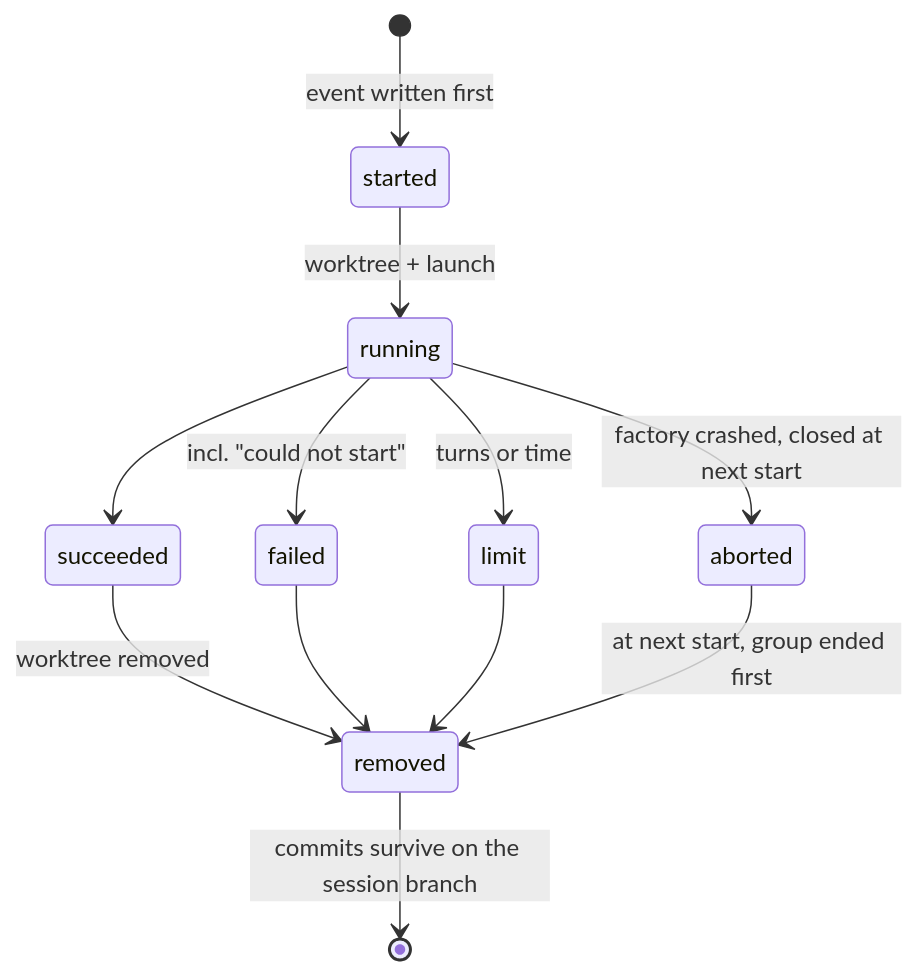
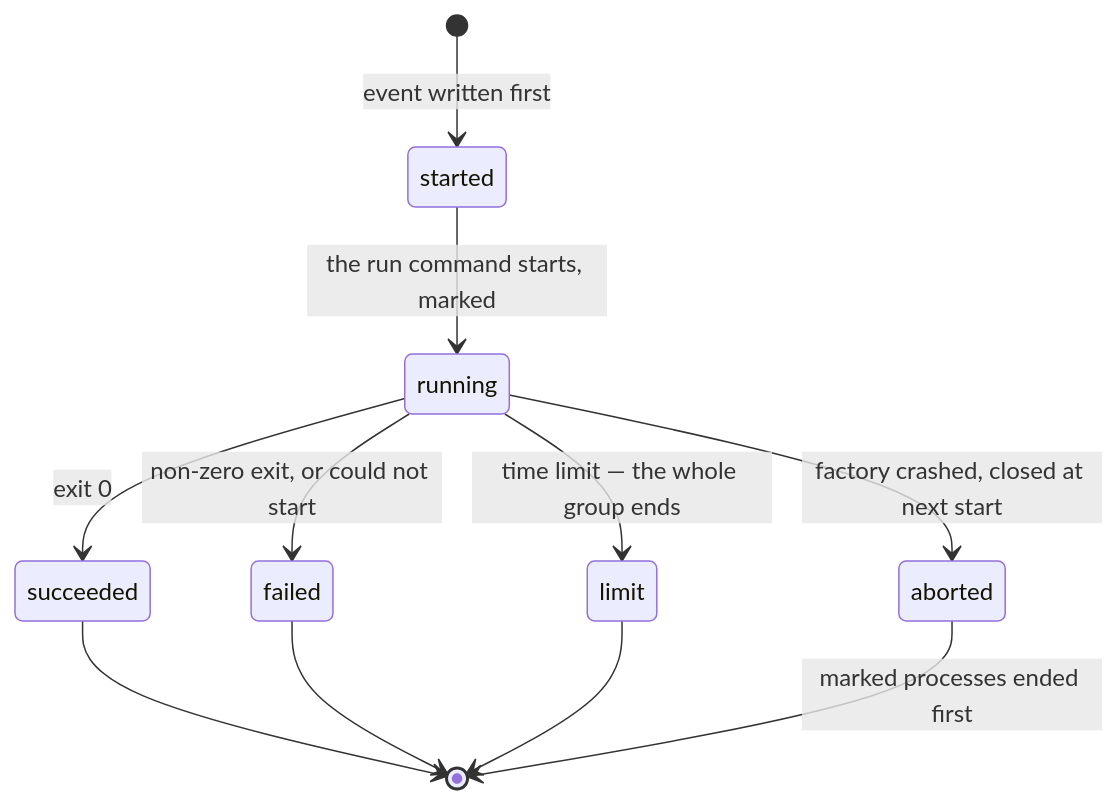
One commit to dazz/ncxten changed the fifth of 5 diagrams in docs/content/docs/how-it-works.md. Above: the diagram before and after it, drawn with Mermaid. The commit also changed other lines of this file, not shown here.

First line of the commit message:
docs: how-it-works planned parts follow the 002 re-cut — the run command is the session

````diff
--- a/docs/content/docs/how-it-works.md
+++ b/docs/content/docs/how-it-works.md
@@ -148,14 +150,13 @@
 ```mermaid
 stateDiagram-v2
   [*] --> started: event written first
-  started --> running: worktree + launch
-  running --> succeeded
-  running --> failed: incl. "could not start"
-  running --> limit: turns or time
+  started --> running: the run command starts, marked
+  running --> succeeded: exit 0
+  running --> failed: non-zero exit, or could not start
+  running --> limit: time limit — the whole group ends
   running --> aborted: factory crashed, closed at next start
-  succeeded --> removed: worktree removed
-  failed --> removed
-  limit --> removed
-  aborted --> removed: at next start, group ended first
-  removed --> [*]: commits survive on the session branch
+  succeeded --> [*]
+  failed --> [*]
+  limit --> [*]
+  aborted --> [*]: marked processes ended first
 ```
````
